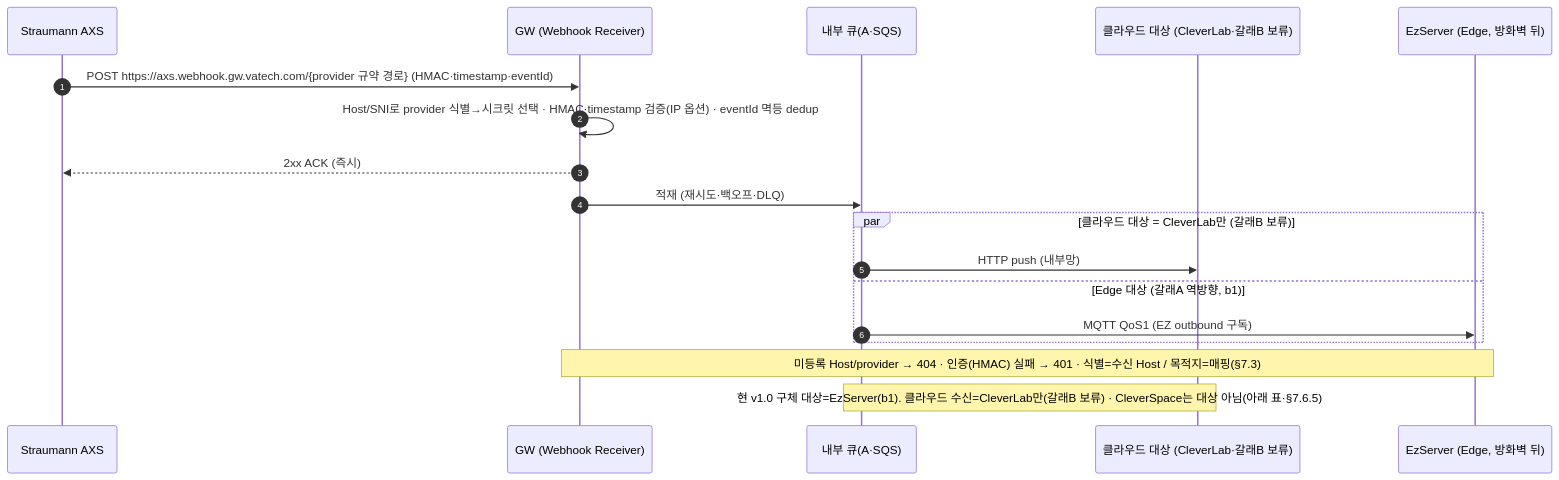
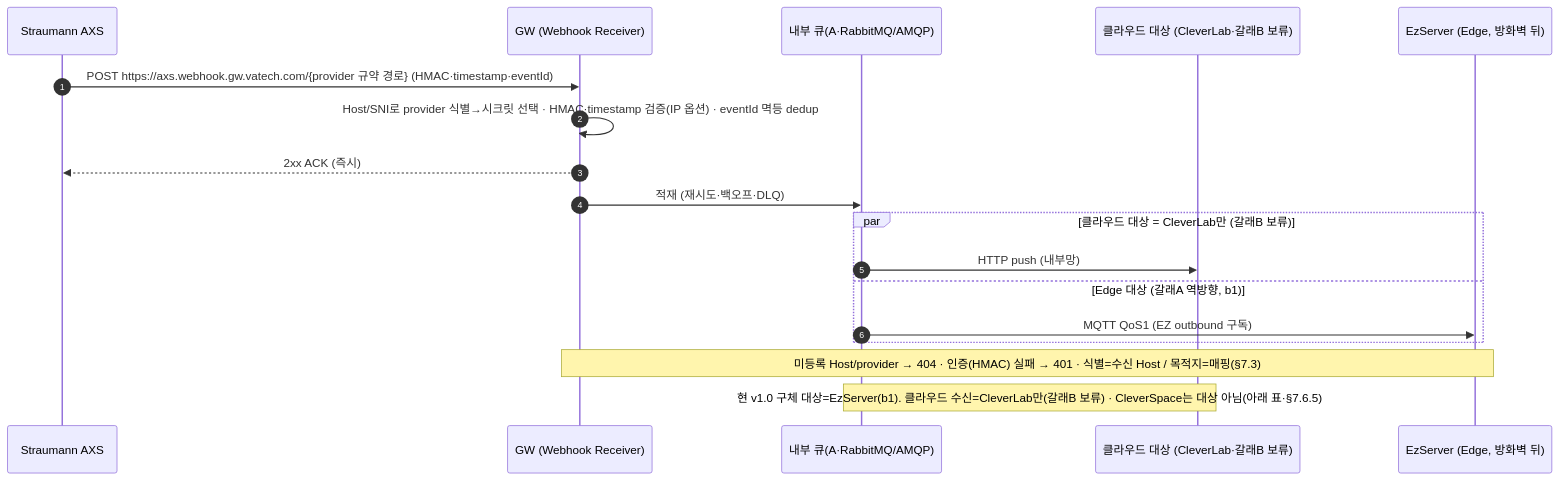
One commit to gracegyu/scp-architecture changed diagram 11 of 12 in docs/VT_API_Gateway/08.VT_API_Gateway/specs/03-srs-gateway/SRS.md. Above: the diagram before and after it, drawn with Mermaid. The commit also changed other lines of this file and 2 other files, not shown here.

Commit message:
문서 업데이트: VT API Gateway의 개발계획서 및 SRS 문서에서 포터빌리티를 반영하여 AWS 및 비AWS 배포 프로파일을 명확히 하고, 데이터베이스 및 캐시 관리 방식을 구체화하였습니다. RabbitMQ 및 MQTT 브로커의 사용을 강조하고, 관련 인프라 및 기술 스택을 정리하여 시스템 설계의 일관성을 강화하였습니다.

````diff
--- a/docs/VT_API_Gateway/08.VT_API_Gateway/specs/03-srs-gateway/SRS.md
+++ b/docs/VT_API_Gateway/08.VT_API_Gateway/specs/03-srs-gateway/SRS.md
@@ -497,20 +546,20 @@
 ```mermaid
 sequenceDiagram
     autonumber
     participant AXS as Straumann AXS
     participant WH as GW (Webhook Receiver)
-    participant Q as 내부 큐(A·SQS)
+    participant Q as 내부 큐(A·RabbitMQ/AMQP)
     participant CL as 클라우드 대상 (CleverLab·갈래B 보류)
     participant EZ as EzServer (Edge, 방화벽 뒤)
     AXS->>WH: POST https://axs.webhook.gw.vatech.com/{provider 규약 경로} (HMAC·timestamp·eventId)
     WH->>WH: Host/SNI로 provider 식별→시크릿 선택 · HMAC·timestamp 검증(IP 옵션) · eventId 멱등 dedup
     WH-->>AXS: 2xx ACK (즉시)
     WH->>Q: 적재 (재시도·백오프·DLQ)
     par 클라우드 대상 = CleverLab만 (갈래B 보류)
         Q->>CL: HTTP push (내부망)
     and Edge 대상 (갈래A 역방향, b1)
         Q->>EZ: MQTT QoS1 (EZ outbound 구독)
     end
     Note over WH,EZ: 미등록 Host/provider → 404 · 인증(HMAC) 실패 → 401 · 식별=수신 Host / 목적지=매핑(§7.3)
     Note over Q,CL: 현 v1.0 구체 대상=EzServer(b1). 클라우드 수신=CleverLab만(갈래B 보류) · CleverSpace는 대상 아님(아래 표·§7.6.5)
 ```
````
